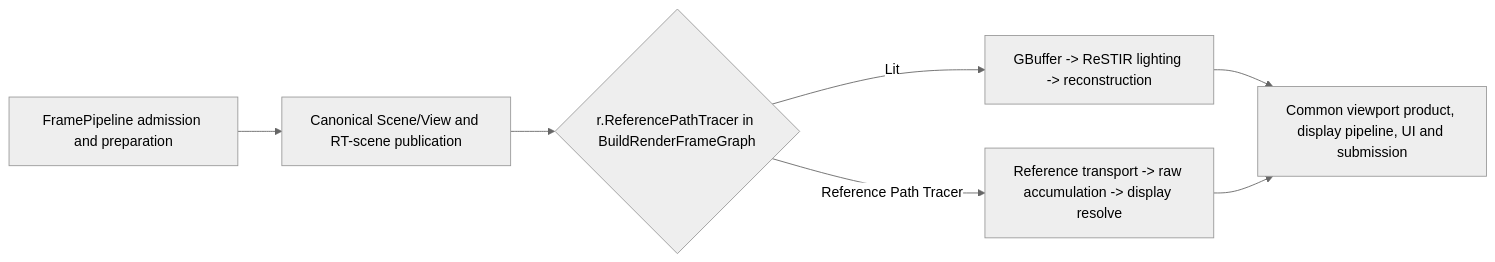
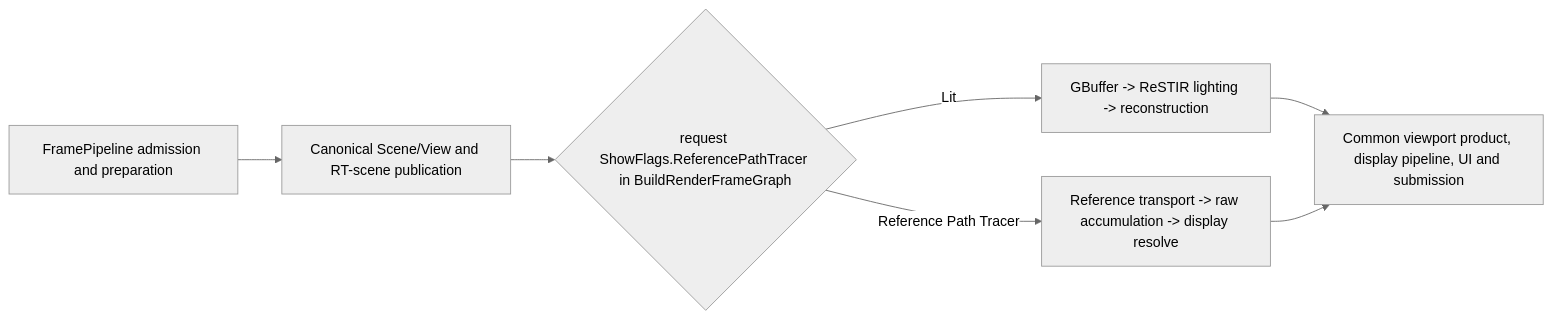
The second of 3 diagrams in Docs/Architecture/Modules/Engine/Renderer/Features/Lighting/ReferencePathTracer/ExecutionArchitecture.md (stoleckipawel/SparkleEngine), drawn with Mermaid (neutral theme) before and after one commit. The commit also changed other lines of this file and 39 other files, not shown here.

Commit message:
module boundaries improvemnet for path tracer

````diff
--- a/Docs/Architecture/Modules/Engine/Renderer/Features/Lighting/ReferencePathTracer/ExecutionArchitecture.md
+++ b/Docs/Architecture/Modules/Engine/Renderer/Features/Lighting/ReferencePathTracer/ExecutionArchitecture.md
@@ -131,9 +131,9 @@
 ```mermaid
 flowchart LR
     Admit[FramePipeline admission and preparation] --> Scene[Canonical Scene/View and RT-scene publication]
-    Scene --> Select{r.ReferencePathTracer in BuildRenderFrameGraph}
+    Scene --> Select{request ShowFlags.ReferencePathTracer in BuildRenderFrameGraph}
     Select -->|Lit| Lit[GBuffer -> ReSTIR lighting -> reconstruction]
     Select -->|Reference Path Tracer| RPT[Reference transport -> raw accumulation -> display resolve]
     Lit --> Present[Common viewport product, display pipeline, UI and submission]
     RPT --> Present
 ```
````
